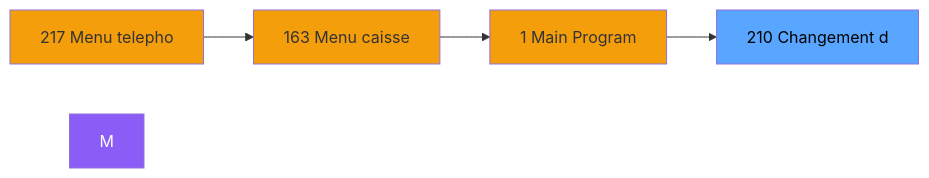
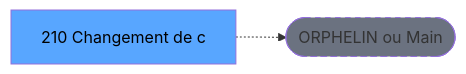
Before and after one commit to thonyAGP/lecteur-magic: the second of 3 diagrams in .openspec/renders/ADH-IDE-210.md, drawn with Mermaid. The commit also changed other lines of this file and 701 other files, not shown here.

````diff
--- a/.openspec/renders/ADH-IDE-210.md
+++ b/.openspec/renders/ADH-IDE-210.md
@@ -123,15 +129,8 @@
 ```mermaid
 graph LR
-    N217[217 Menu telepho]
-    N163[163 Menu caisse ]
-    N1[1 Main Program]
-    T[210 Changement d]
-    N217 --> N163
-    N163 --> N1
-    N1 --> T
-    style M fill:#8b5cf6,color:#fff
-    style N217 fill:#f59e0b
-    style N163 fill:#f59e0b
-    style N1 fill:#f59e0b
+    T[210 Changement de c]
+    ORPHAN([ORPHELIN ou Main])
+    T -.-> ORPHAN
     style T fill:#58a6ff,color:#000
+    style ORPHAN fill:#6b7280,stroke-dasharray: 5 5
 ```
````
